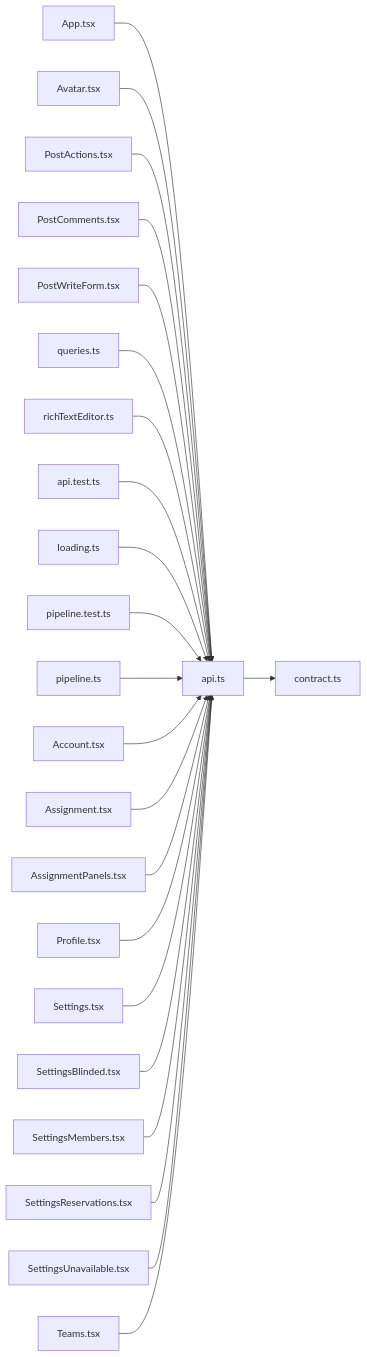
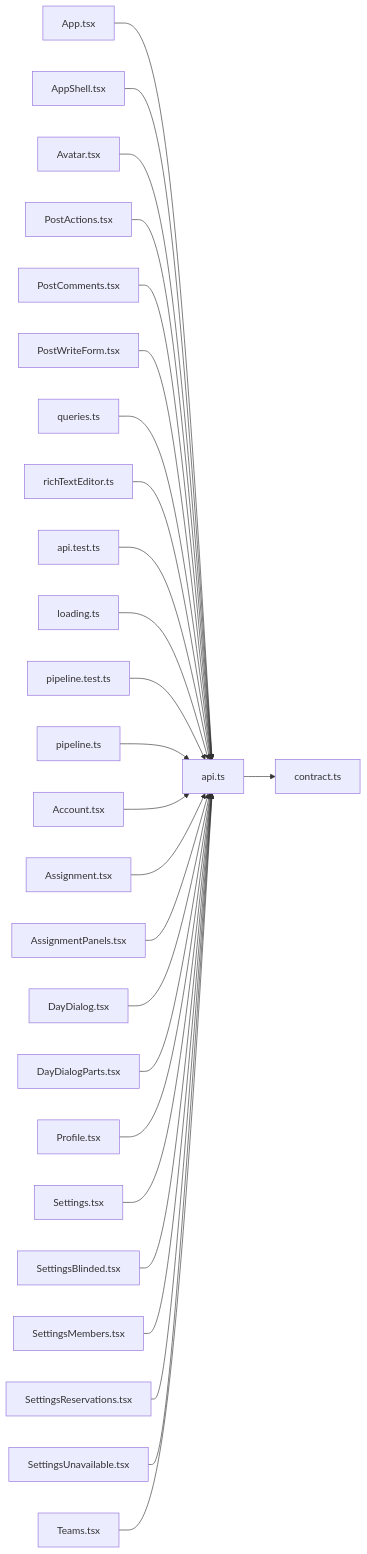
Before and after one commit to minkong-dev/Banblit: the diagram in .cluedoc/graph/frontend/src/lib/api.md, drawn with Mermaid. The commit also changed other lines of this file and 60 other files, not shown here.

````diff
--- a/.cluedoc/graph/frontend/src/lib/api.md
+++ b/.cluedoc/graph/frontend/src/lib/api.md
@@ -10,26 +10,29 @@
 ```mermaid
 flowchart LR
   frontend_src_lib_api["api.ts"]
   frontend_src_lib_api --> frontend_src_lib_contract["contract.ts"]
   frontend_src_App["App.tsx"] --> frontend_src_lib_api
+  frontend_src_components_AppShell["AppShell.tsx"] --> frontend_src_lib_api
   frontend_src_components_Avatar["Avatar.tsx"] --> frontend_src_lib_api
   frontend_src_components_PostActions["PostActions.tsx"] --> frontend_src_lib_api
   frontend_src_components_PostComments["PostComments.tsx"] --> frontend_src_lib_api
   frontend_src_components_PostWriteForm["PostWriteForm.tsx"] --> frontend_src_lib_api
   frontend_src_components_queries["queries.ts"] --> frontend_src_lib_api
   frontend_src_components_richTextEditor["richTextEditor.ts"] --> frontend_src_lib_api
   frontend_src_lib_api_test["api.test.ts"] --> frontend_src_lib_api
   frontend_src_lib_loading["loading.ts"] --> frontend_src_lib_api
   frontend_src_lib_pipeline_test["pipeline.test.ts"] --> frontend_src_lib_api
   frontend_src_lib_pipeline["pipeline.ts"] --> frontend_src_lib_api
   frontend_src_routes_Account["Account.tsx"] --> frontend_src_lib_api
   frontend_src_routes_Assignment["Assignment.tsx"] --> frontend_src_lib_api
   frontend_src_routes_AssignmentPanels["AssignmentPanels.tsx"] --> frontend_src_lib_api
+  frontend_src_routes_DayDialog["DayDialog.tsx"] --> frontend_src_lib_api
+  frontend_src_routes_DayDialogParts["DayDialogParts.tsx"] --> frontend_src_lib_api
   frontend_src_routes_Profile["Profile.tsx"] --> frontend_src_lib_api
   frontend_src_routes_Settings["Settings.tsx"] --> frontend_src_lib_api
   frontend_src_routes_SettingsBlinded["SettingsBlinded.tsx"] --> frontend_src_lib_api
   frontend_src_routes_SettingsMembers["SettingsMembers.tsx"] --> frontend_src_lib_api
   frontend_src_routes_SettingsReservations["SettingsReservations.tsx"] --> frontend_src_lib_api
   frontend_src_routes_SettingsUnavailable["SettingsUnavailable.tsx"] --> frontend_src_lib_api
   frontend_src_routes_Teams["Teams.tsx"] --> frontend_src_lib_api
 ```
````
